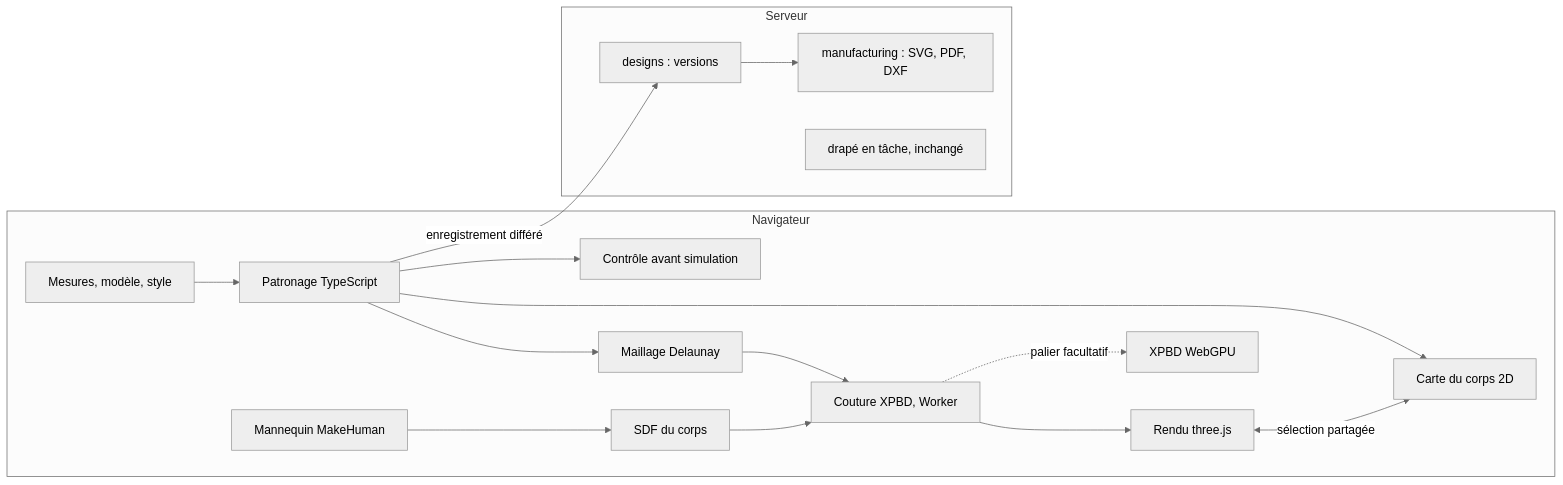
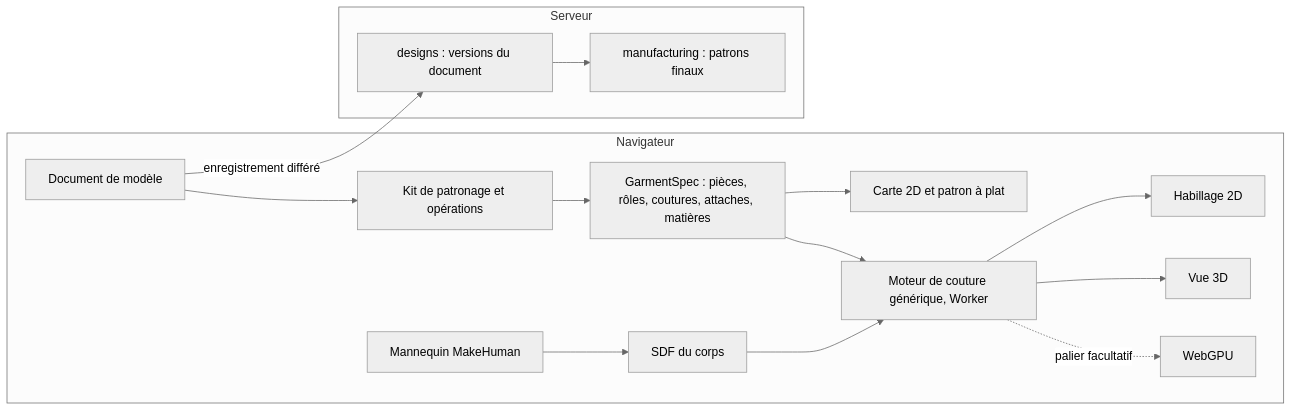
Before and after one commit to THackSRT/model-design: the diagram in docs/suivi/proposition-temps-reel.md, drawn with Mermaid (neutral theme). The commit also changed other lines of this file, not shown here.

First line of the commit message:
docs(suivi): proposition v2, flux en six étapes et moteur générique

````diff
--- a/docs/suivi/proposition-temps-reel.md
+++ b/docs/suivi/proposition-temps-reel.md
@@ -60,20 +111,18 @@
 ```mermaid
 flowchart LR
   subgraph NAV["Navigateur"]
-    IN["Mesures, modèle, style"] --> PAT["Patronage TypeScript"]
-    PAT --> P2D["Carte du corps 2D"]
-    PAT --> CHK["Contrôle avant simulation"]
-    PAT --> MESH["Maillage Delaunay"]
+    DOC["Document de modèle"] --> KIT["Kit de patronage et opérations"]
+    KIT --> SPEC["GarmentSpec : pièces, rôles, coutures, attaches, matières"]
+    SPEC --> P2D["Carte 2D et patron à plat"]
+    SPEC --> SEW["Moteur de couture générique, Worker"]
     MAN["Mannequin MakeHuman"] --> SDF["SDF du corps"]
-    MESH --> SIM["Couture XPBD, Worker"]
-    SDF --> SIM
-    SIM --> R3D["Rendu three.js"]
-    SIM -.->|palier facultatif| GPU["XPBD WebGPU"]
-    R3D <-->|sélection partagée| P2D
+    SDF --> SEW
+    SEW --> D2D["Habillage 2D"]
+    SEW --> R3D["Vue 3D"]
+    SEW -.->|palier facultatif| GPU["WebGPU"]
   end
   subgraph SRV["Serveur"]
-    DES["designs : versions"] --> FAB["manufacturing : SVG, PDF, DXF"]
-    DRP["drapé en tâche, inchangé"]
+    DES["designs : versions du document"] --> FAB["manufacturing : patrons finaux"]
   end
-  PAT -->|enregistrement différé| DES
+  DOC -->|enregistrement différé| DES
 ```
````
